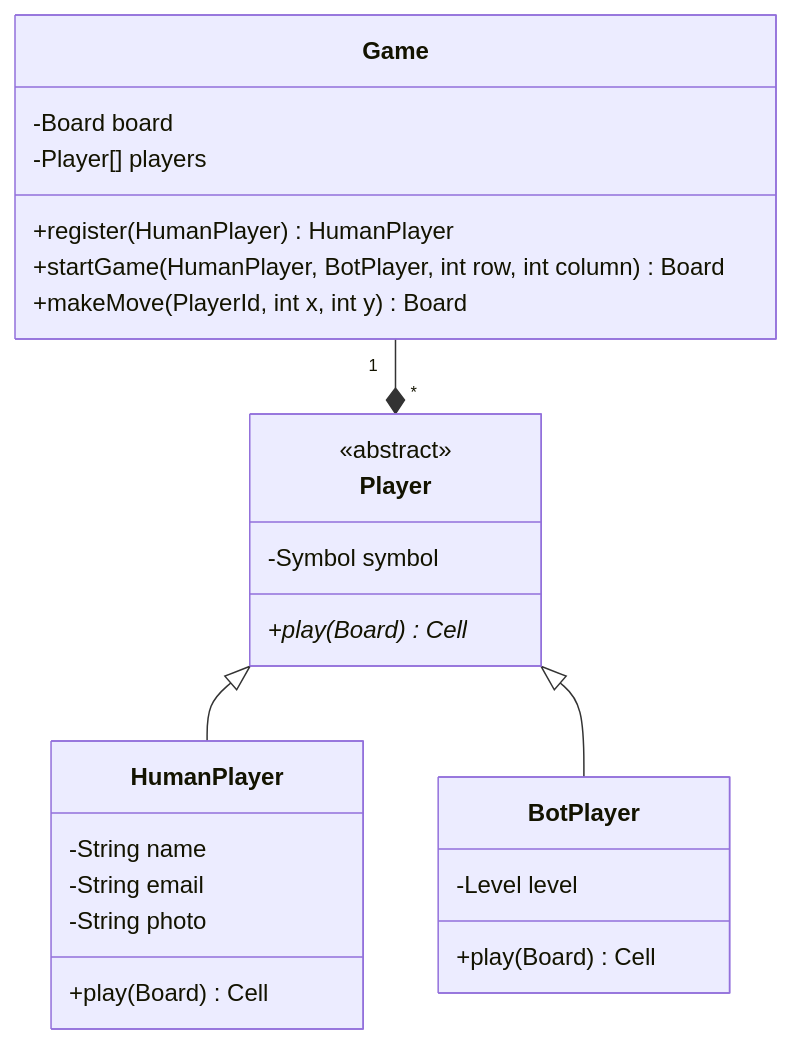
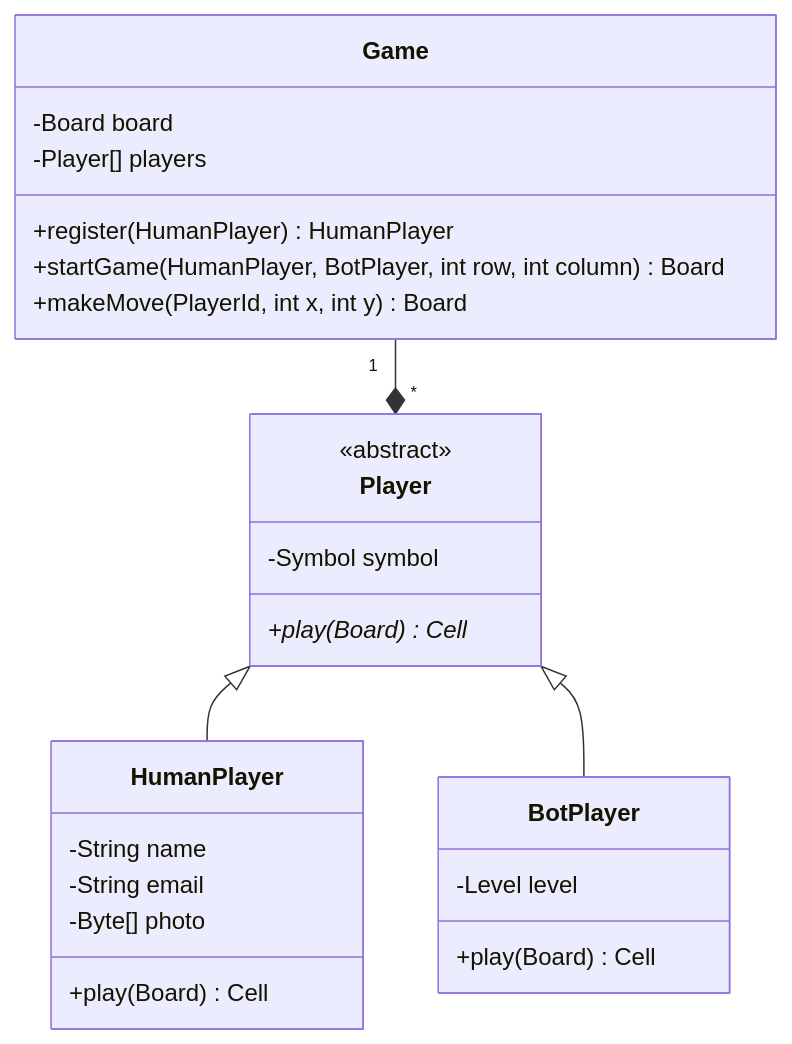
One commit to asku3000/Design-Diagrams changed the third of 4 diagrams in TicTacToe/TicTacToeDesignDiagram.md. Above: the diagram before and after it, drawn with Mermaid. The commit also changed other lines of this file, not shown here.

````diff
--- a/TicTacToe/TicTacToeDesignDiagram.md
+++ b/TicTacToe/TicTacToeDesignDiagram.md
@@ -96,34 +96,34 @@
 ```mermaid
 classDiagram
 
     class Game{
         -Board board
         -Player[] players
         +register(HumanPlayer) HumanPlayer
         +startGame(HumanPlayer, BotPlayer, int row, int column) Board
         +makeMove(PlayerId, int x, int y) Board
     }
 
     class Player {
         <<abstract>>
         -Symbol symbol
         +play(Board)* Cell
     }
 
     class HumanPlayer{
         -String name
         -String email
-        -String photo
+        -Byte[] photo
         +play(Board) Cell
     }
 
     class BotPlayer{
         -Level level
         +play(Board) Cell
     }
 
     Player <|-- HumanPlayer
     Player <|-- BotPlayer
     Game "1"--*"*" Player
 
 ```
````
